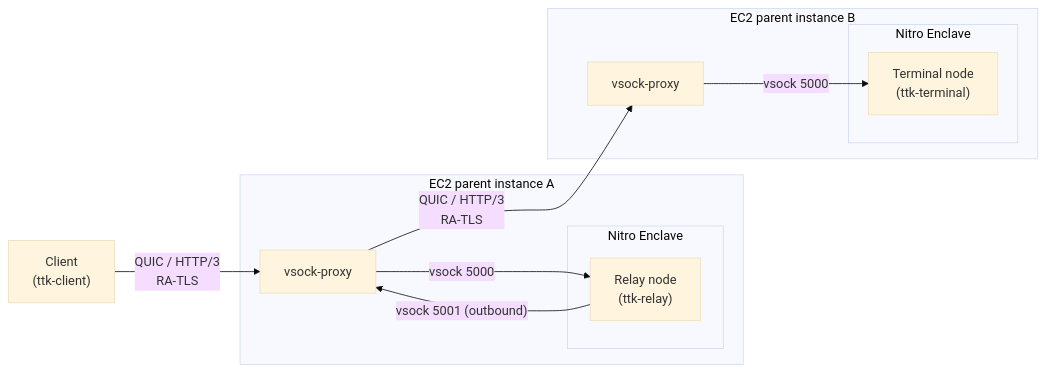
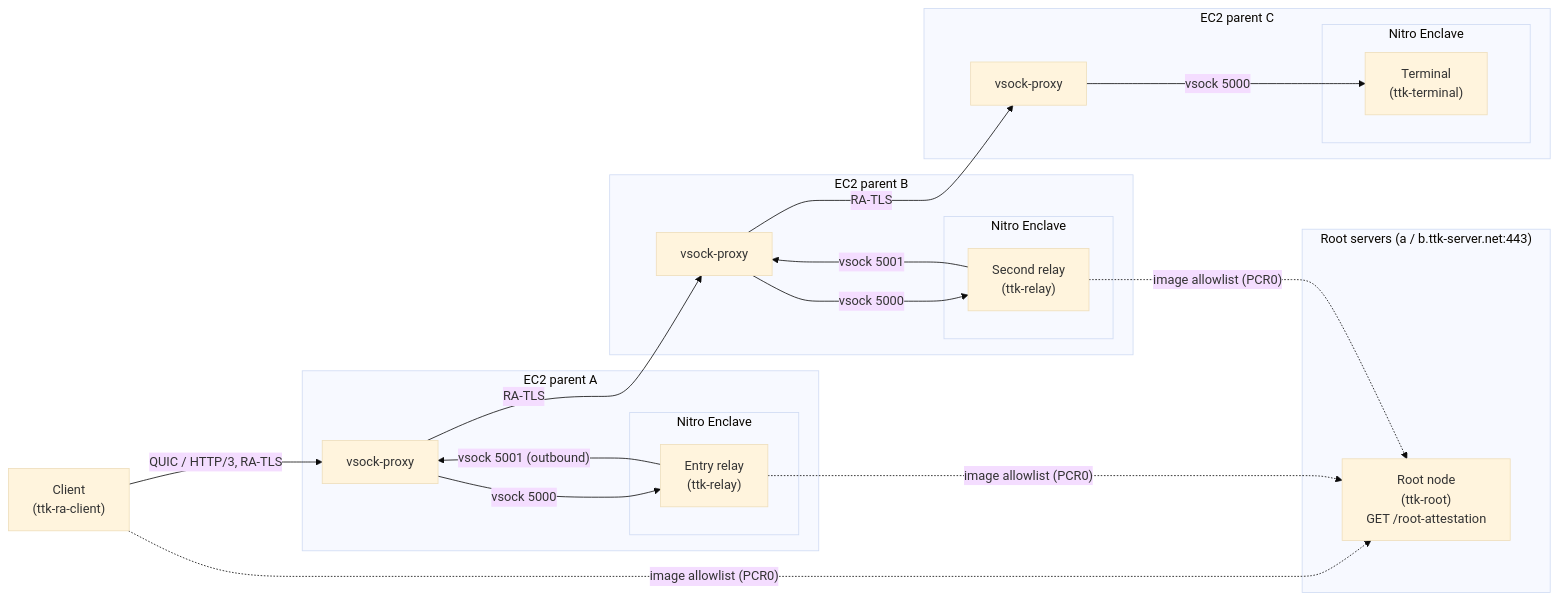
One commit to Lanetus/TTKServer changed the first of 10 diagrams in docs/src/ARCHITECTURE.md. Above: the diagram before and after it, drawn with Mermaid (base theme). The commit also changed other lines of this file and 9 other files, not shown here.

First line of the commit message:
fix: update the mdBook architecture docs to the current workspace (#76)

````diff
--- a/docs/src/ARCHITECTURE.md
+++ b/docs/src/ARCHITECTURE.md
@@ -29,24 +31,42 @@
 ```mermaid
 flowchart LR
-    C["Client<br/>(ttk-client)"]
+    C["Client<br/>(ttk-ra-client)"]
 
-    subgraph EC2A["EC2 parent instance A"]
+    subgraph ROOTS["Root servers (a / b.ttk-server.net:443)"]
+        RT["Root node<br/>(ttk-root)<br/>GET /root-attestation"]
+    end
+
+    subgraph EC2A["EC2 parent A"]
         PA["vsock-proxy"]
         subgraph ENA["Nitro Enclave"]
-            R["Relay node<br/>(ttk-relay)"]
+            R1["Entry relay<br/>(ttk-relay)"]
         end
     end
 
-    subgraph EC2B["EC2 parent instance B"]
+    subgraph EC2B["EC2 parent B"]
         PB["vsock-proxy"]
         subgraph ENB["Nitro Enclave"]
-            T["Terminal node<br/>(ttk-terminal)"]
+            R2["Second relay<br/>(ttk-relay)"]
         end
     end
 
-    C -- "QUIC / HTTP/3<br/>RA-TLS" --> PA
-    PA -- "vsock 5000" --> R
-    R -- "vsock 5001 (outbound)" --> PA
-    PA -- "QUIC / HTTP/3<br/>RA-TLS" --> PB
-    PB -- "vsock 5000" --> T
+    subgraph EC2C["EC2 parent C"]
+        PC["vsock-proxy"]
+        subgraph ENC["Nitro Enclave"]
+            T["Terminal<br/>(ttk-terminal)"]
+        end
+    end
+
+    C -- "QUIC / HTTP/3, RA-TLS" --> PA
+    PA -- "vsock 5000" --> R1
+    R1 -- "vsock 5001 (outbound)" --> PA
+    PA -- "RA-TLS" --> PB
+    PB -- "vsock 5000" --> R2
+    R2 -- "vsock 5001" --> PB
+    PB -- "RA-TLS" --> PC
+    PC -- "vsock 5000" --> T
+
+    C -. "image allowlist (PCR0)" .-> RT
+    R1 -. "image allowlist (PCR0)" .-> RT
+    R2 -. "image allowlist (PCR0)" .-> RT
 ```
````
